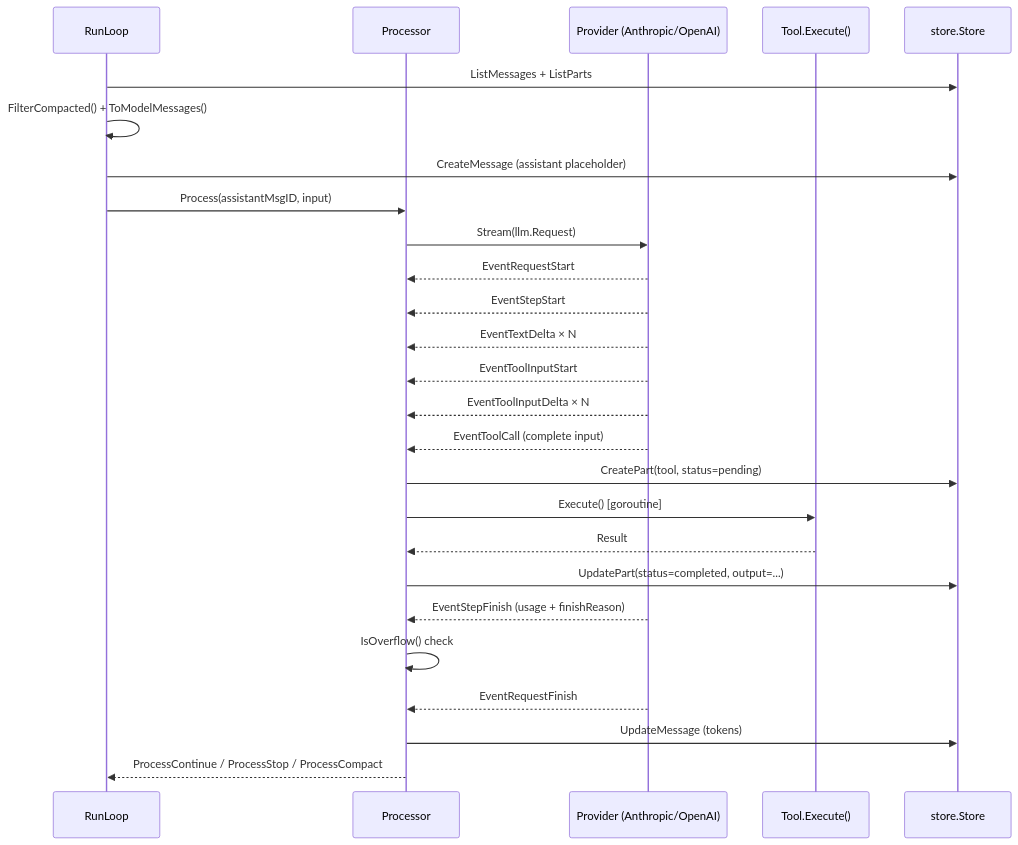
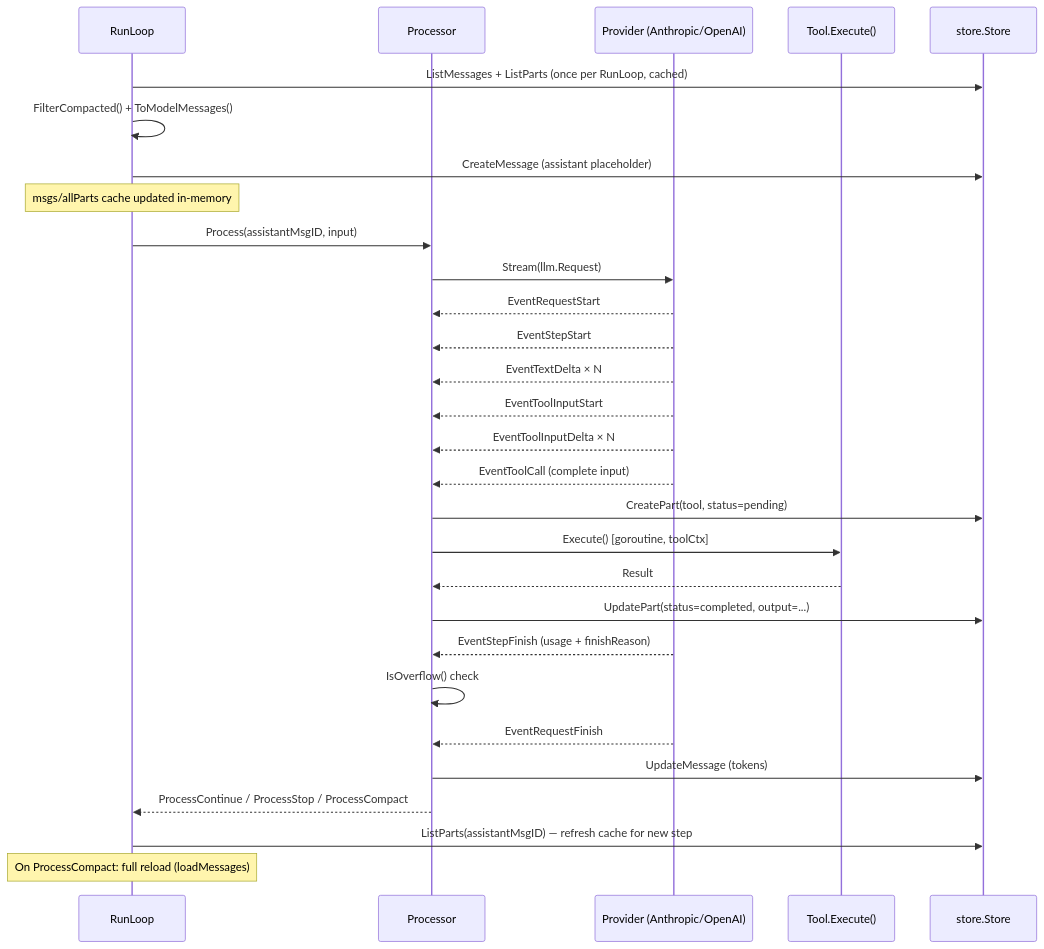
Before and after one commit to larryhou/llm-go: the second of 6 diagrams in .opencode/skills/llm/SKILL.md, drawn with Mermaid. The commit also changed other lines of this file and 3 other files, not shown here.

First line of the commit message:
fix(session): cache msgs/allParts in RunLoop; Select() uses PartTypeCompaction

````diff
--- a/.opencode/skills/llm/SKILL.md
+++ b/.opencode/skills/llm/SKILL.md
@@ -58,29 +58,32 @@
 ```mermaid
 sequenceDiagram
     participant RL as RunLoop
     participant Proc as Processor
     participant Prov as Provider (Anthropic/OpenAI)
     participant Tool as Tool.Execute()
     participant Store as store.Store
 
-    RL->>Store: ListMessages + ListParts
+    RL->>Store: ListMessages + ListParts (once per RunLoop, cached)
     RL->>RL: FilterCompacted() + ToModelMessages()
     RL->>Store: CreateMessage (assistant placeholder)
+    Note over RL: msgs/allParts cache updated in-memory
     RL->>Proc: Process(assistantMsgID, input)
     Proc->>Prov: Stream(llm.Request)
     Prov-->>Proc: EventRequestStart
     Prov-->>Proc: EventStepStart
     Prov-->>Proc: EventTextDelta × N
     Prov-->>Proc: EventToolInputStart
     Prov-->>Proc: EventToolInputDelta × N
     Prov-->>Proc: EventToolCall (complete input)
     Proc->>Store: CreatePart(tool, status=pending)
-    Proc->>Tool: Execute() [goroutine]
+    Proc->>Tool: Execute() [goroutine, toolCtx]
     Tool-->>Proc: Result
     Proc->>Store: UpdatePart(status=completed, output=...)
     Prov-->>Proc: EventStepFinish (usage + finishReason)
     Proc->>Proc: IsOverflow() check
     Prov-->>Proc: EventRequestFinish
     Proc->>Store: UpdateMessage (tokens)
     Proc-->>RL: ProcessContinue / ProcessStop / ProcessCompact
+    RL->>Store: ListParts(assistantMsgID) — refresh cache for new step
+    Note over RL: On ProcessCompact: full reload (loadMessages)
 ```
````
